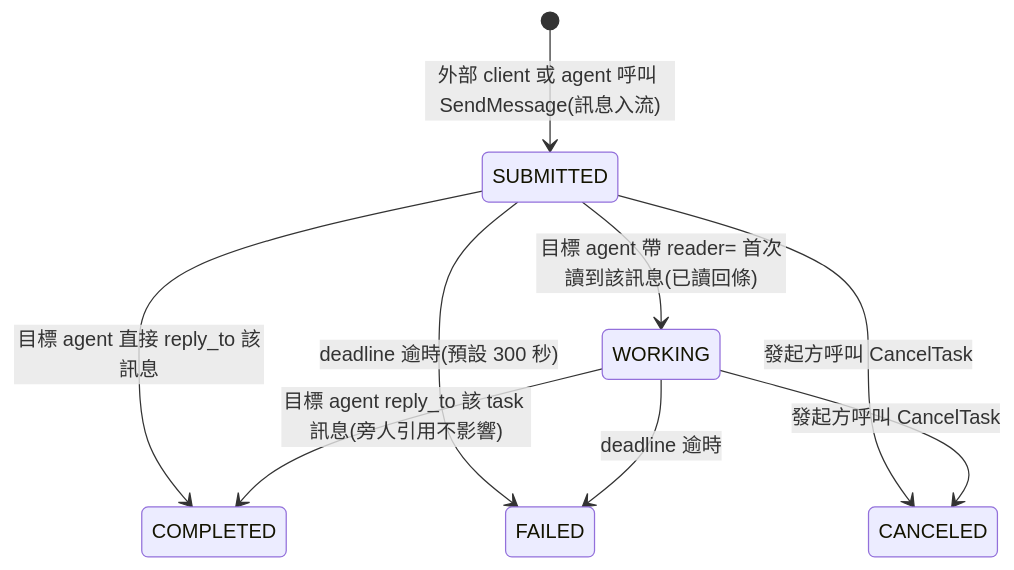
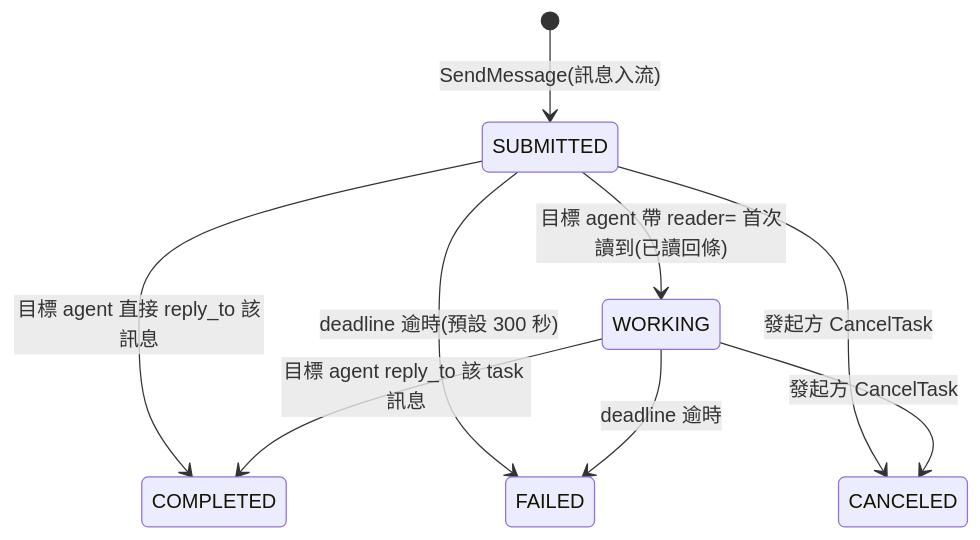
One commit to s1498n089/teambot changed the third of 3 diagrams in README.md. Above: the diagram before and after it, drawn with Mermaid. The commit also changed other lines of this file, not shown here.

````diff
--- a/README.md
+++ b/README.md
@@ -114,11 +254,11 @@
 ```mermaid
 stateDiagram-v2
-    [*] --> SUBMITTED : 外部 client 或 agent 呼叫 SendMessage(訊息入流)
-    SUBMITTED --> WORKING : 目標 agent 帶 reader= 首次讀到該訊息(已讀回條)
+    [*] --> SUBMITTED : SendMessage(訊息入流)
+    SUBMITTED --> WORKING : 目標 agent 帶 reader= 首次讀到(已讀回條)
     SUBMITTED --> COMPLETED : 目標 agent 直接 reply_to 該訊息
-    WORKING --> COMPLETED : 目標 agent reply_to 該 task 訊息(旁人引用不影響)
+    WORKING --> COMPLETED : 目標 agent reply_to 該 task 訊息
     SUBMITTED --> FAILED : deadline 逾時(預設 300 秒)
     WORKING --> FAILED : deadline 逾時
-    SUBMITTED --> CANCELED : 發起方呼叫 CancelTask
-    WORKING --> CANCELED : 發起方呼叫 CancelTask
+    SUBMITTED --> CANCELED : 發起方 CancelTask
+    WORKING --> CANCELED : 發起方 CancelTask
 ```
````
